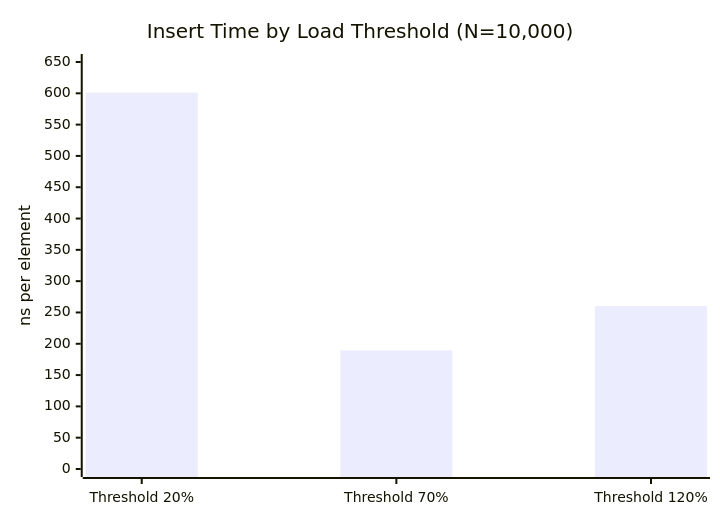
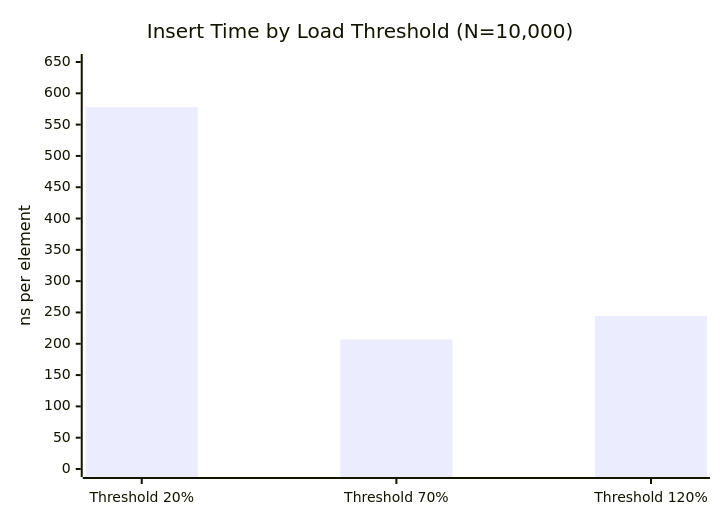
Before and after one commit to zay229-arch/homework-2: the second of 2 diagrams in README.md, drawn with Mermaid. The commit also changed other lines of this file, not shown here.

````diff
--- a/README.md
+++ b/README.md
@@ -76,7 +76,7 @@
 ```mermaid
 xychart-beta
     title "Insert Time by Load Threshold (N=10,000)"
     x-axis ["Threshold 20%", "Threshold 70%", "Threshold 120%"]
     y-axis "ns per element" 0 --> 650
-    bar [601.261, 189.353, 260.100]
+    bar [577.812, 206.757, 244.376]
 ```
````
